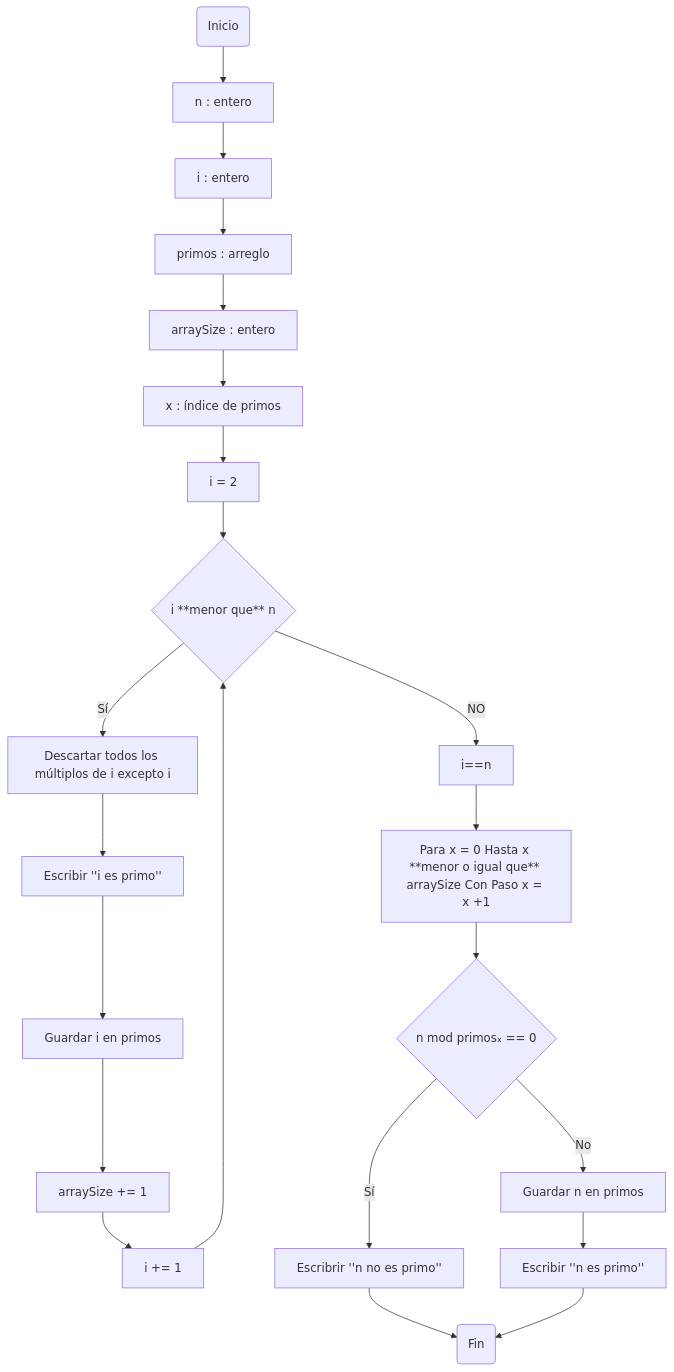
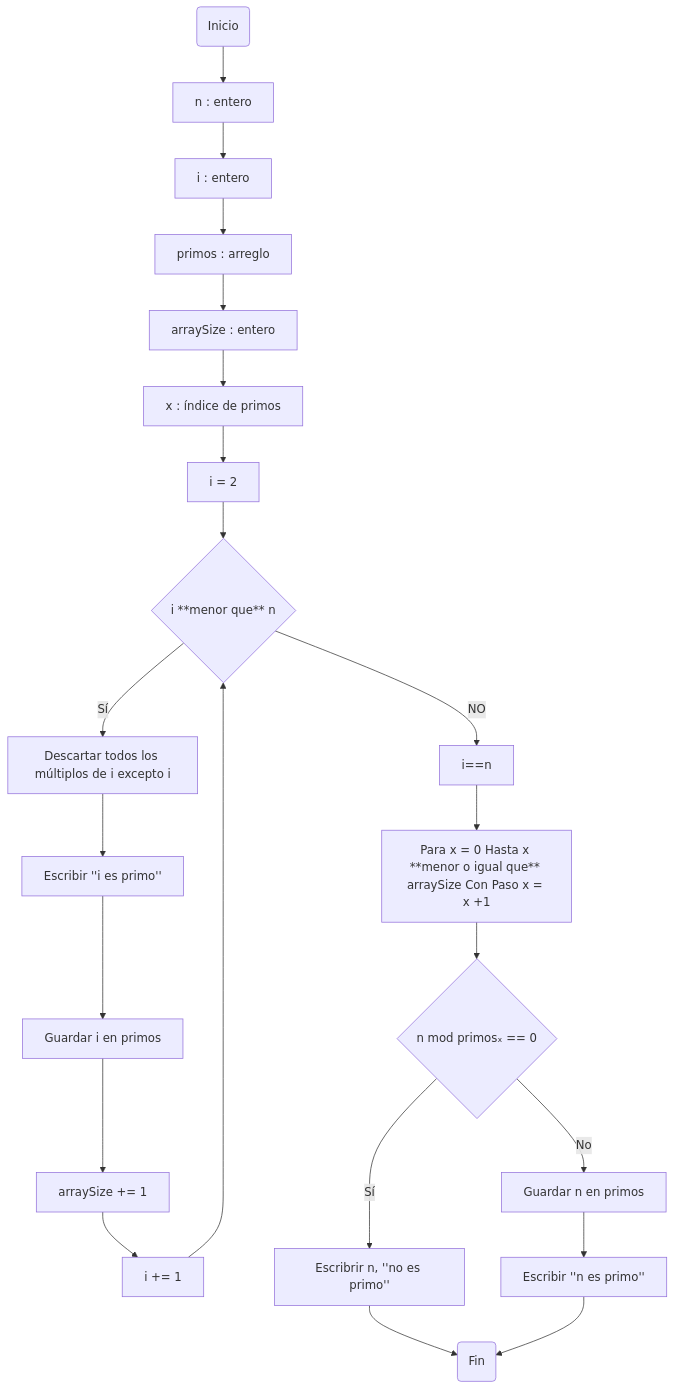
One commit to JuanJoToAl/Reto-no.3 changed the first of 3 diagrams in README.md. Above: the diagram before and after it, drawn with Mermaid. The commit also changed other lines of this file, not shown here.

````diff
--- a/README.md
+++ b/README.md
@@ -39,24 +39,24 @@
 ```mermaid
 flowchart TD;
     A(Inicio) --> B[n : entero];
     B-->C;
     C[i : entero] -->D[primos : arreglo];
     D-->E;
     E[arraySize : entero]-->F[x : índice de primos];
     F --> G;
     G[i = 2]--> H{i **menor que** n} -- Sí --> I[Descartar todos los múltiplos de i excepto i];
     I-->J;
     J[Escribir ''i es primo'']-->K[Guardar i en primos];
     K-->L;
     L[arraySize += 1]-->M[i += 1];
     M-->H;
     H-- NO -->N[i==n];
     N -->O[Para x = 0 Hasta x **menor o igual que** arraySize Con Paso x = x +1];
-    O -->P{n mod primosₓ == 0}-- Sí -->Q[Escribrir ''n no es primo''];
+    O -->P{n mod primosₓ == 0}-- Sí -->Q[Escribrir n, ''no es primo''];
     P-- No -->R[Guardar n en primos];
     R-->S;
     S[Escribir ''n es primo''];
     Q-->T;
     S-->T;
     T(Fin)
 ```
````
